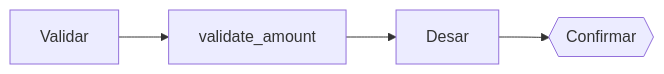
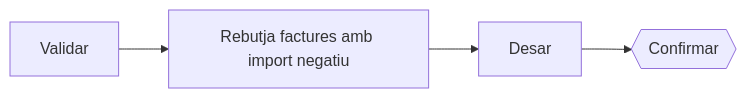
One commit to EloiSans/python-resource-engine changed the third of 6 diagrams in examples/invoices/docs/resources/invoices.md. Above: the diagram before and after it, drawn with Mermaid. The commit also changed other lines of this file and 41 other files, not shown here.

````diff
--- a/examples/invoices/docs/resources/invoices.md
+++ b/examples/invoices/docs/resources/invoices.md
@@ -222,10 +200,10 @@
 ```mermaid
 flowchart LR
     s0["Validar"]
-    s1["validate_amount"]
+    s1["Rebutja factures amb import negatiu"]
     s0 --> s1
     s2["Desar"]
     s1 --> s2
     s3{{"Confirmar"}}
     s2 --> s3
 ```
````
